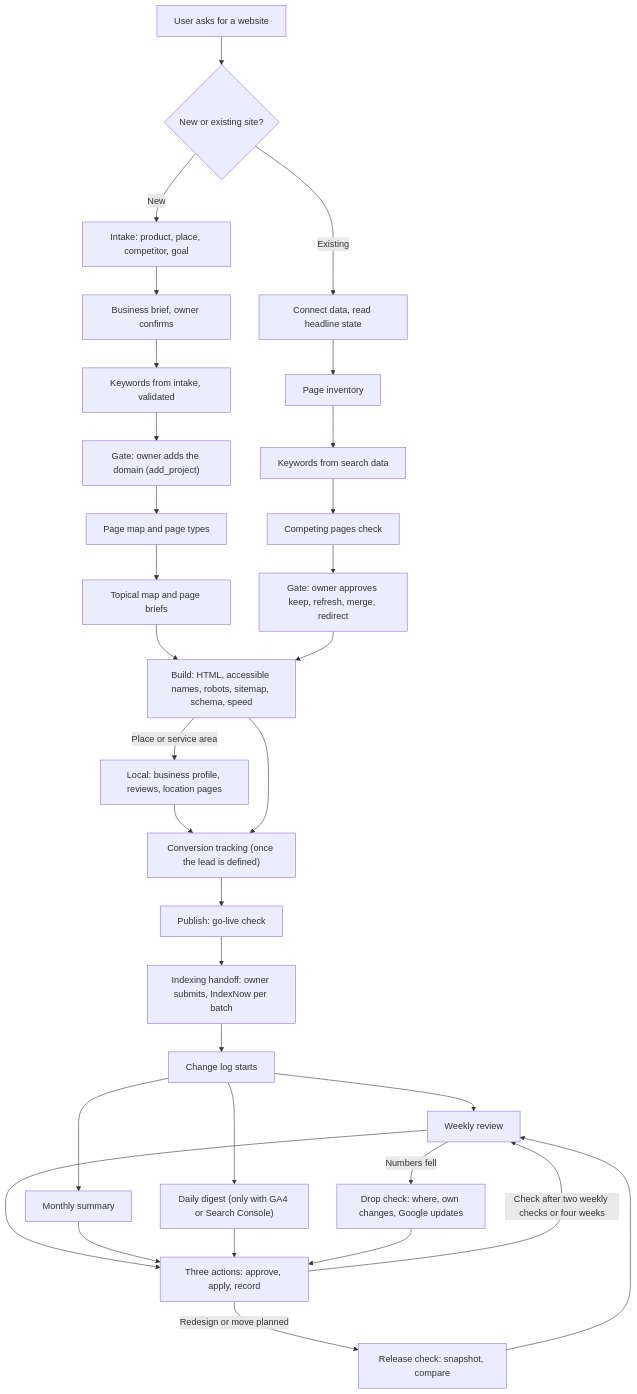
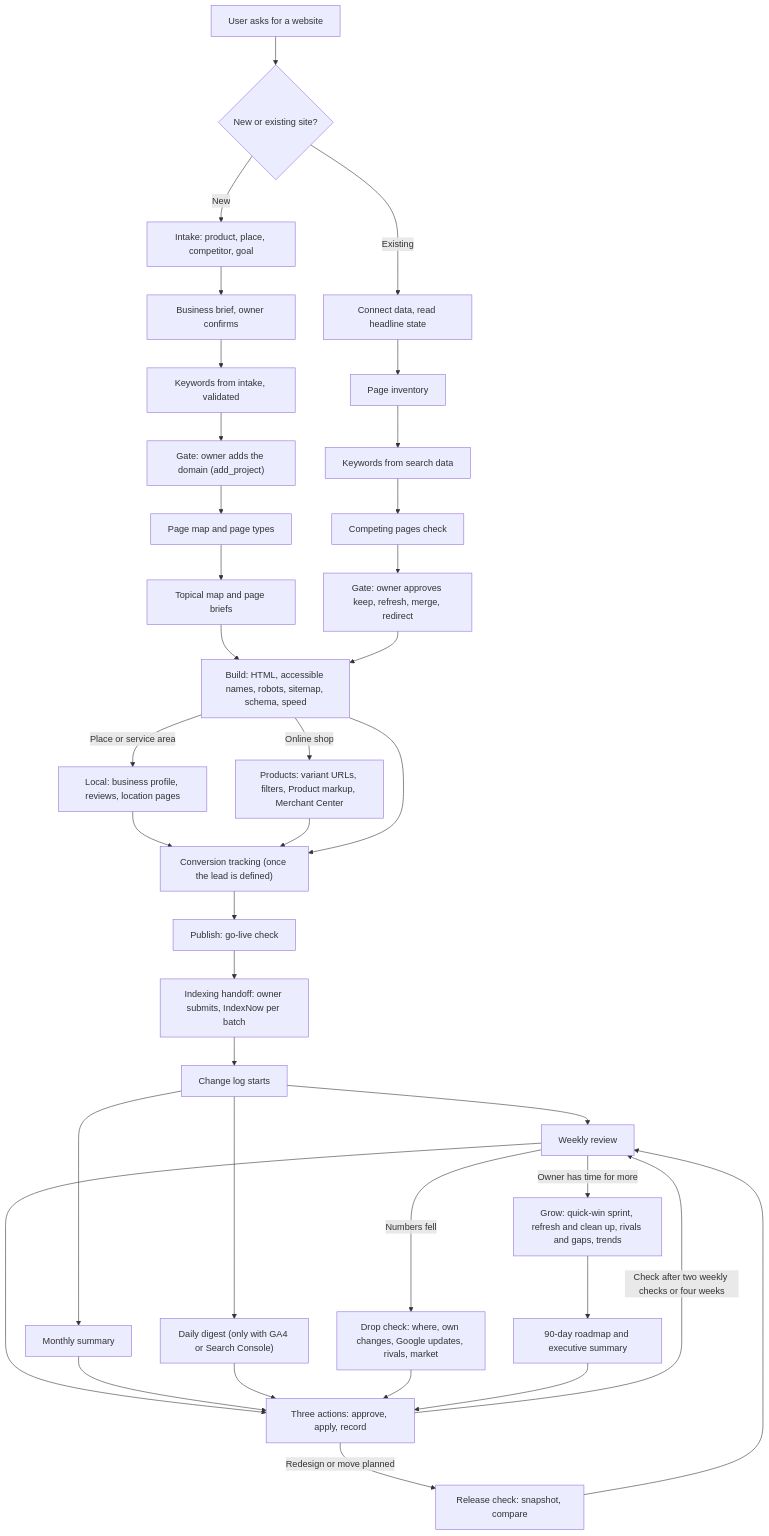
Before and after one commit to rankmyseo/skill-set: the diagram in README.md, drawn with Mermaid. The commit also changed other lines of this file and 27 other files, not shown here.

````diff
--- a/README.md
+++ b/README.md
@@ -59,34 +74,39 @@
 ```mermaid
 flowchart TD
     A["User asks for a website"] --> B{"New or existing site?"}
     B -->|New| N1["Intake: product, place, competitor, goal"]
     N1 --> N2["Business brief, owner confirms"]
     N2 --> N3["Keywords from intake, validated"]
     N3 --> N4["Gate: owner adds the domain (add_project)"]
     N4 --> N5["Page map and page types"]
     N5 --> N6["Topical map and page briefs"]
     B -->|Existing| E1["Connect data, read headline state"]
     E1 --> E2["Page inventory"]
     E2 --> E3["Keywords from search data"]
     E3 --> E4["Competing pages check"]
     E4 --> E5["Gate: owner approves keep, refresh, merge, redirect"]
     N6 --> BLD["Build: HTML, accessible names, robots, sitemap, schema, speed"]
     E5 --> BLD
     BLD -->|"Place or service area"| LOC["Local: business profile, reviews, location pages"]
     LOC --> CONV
+    BLD -->|"Online shop"| PRD["Products: variant URLs, filters, Product markup, Merchant Center"]
+    PRD --> CONV
     BLD --> CONV["Conversion tracking (once the lead is defined)"]
     CONV --> PUB["Publish: go-live check"]
     PUB --> IDX["Indexing handoff: owner submits, IndexNow per batch"]
     IDX --> LOG["Change log starts"]
     LOG --> WK["Weekly review"]
     LOG --> MO["Monthly summary"]
     LOG --> DD["Daily digest (only with GA4 or Search Console)"]
     WK --> ACT["Three actions: approve, apply, record"]
     MO --> ACT
     DD --> ACT
-    WK -->|"Numbers fell"| DRP["Drop check: where, own changes, Google updates"]
+    WK -->|"Numbers fell"| DRP["Drop check: where, own changes, Google updates, rivals, market"]
     DRP --> ACT
+    WK -->|"Owner has time for more"| GRW["Grow: quick-win sprint, refresh and clean up, rivals and gaps, trends"]
+    GRW --> RDM["90-day roadmap and executive summary"]
+    RDM --> ACT
     ACT -->|"Redesign or move planned"| REL["Release check: snapshot, compare"]
     REL --> WK
     ACT -->|"Check after two weekly checks or four weeks"| WK
 ```
````
